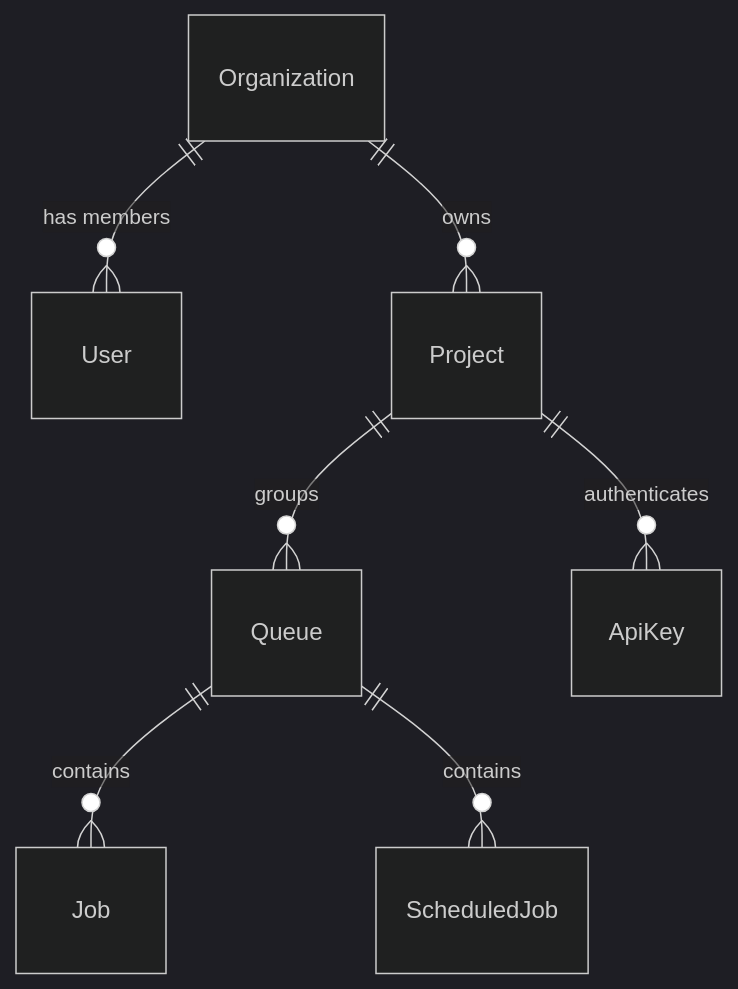
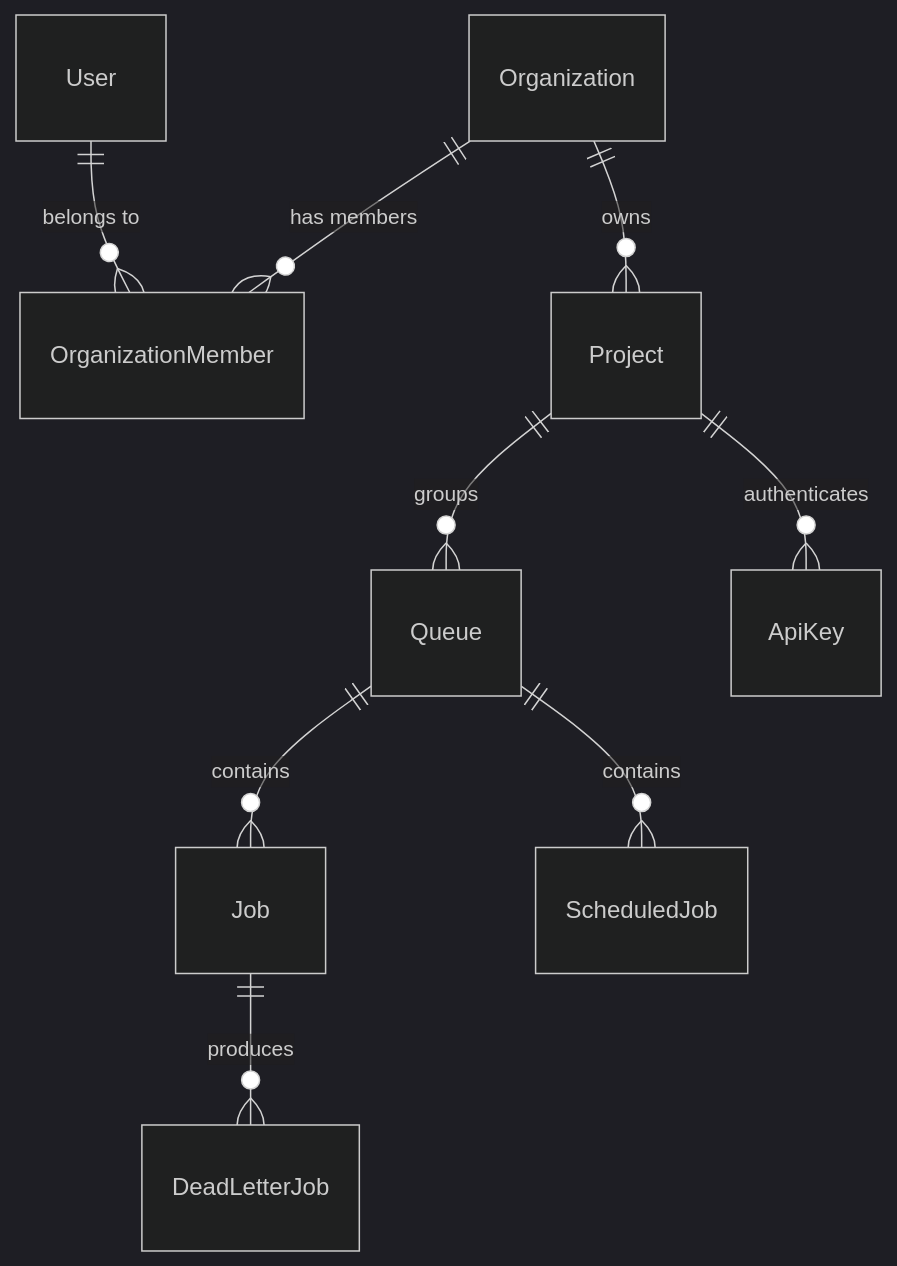
Before and after one commit to poojitha-galam/Distributed-job-scheduler: the diagram in docs/DATABASE.md, drawn with Mermaid (dark theme). The commit also changed 29 other files, not shown here.

````diff
--- a/docs/DATABASE.md
+++ b/docs/DATABASE.md
@@ -25,9 +25,11 @@
 ```mermaid
 erDiagram
-    Organization ||--o{ User : "has members"
+    Organization ||--o{ OrganizationMember : "has members"
+    User ||--o{ OrganizationMember : "belongs to"
     Organization ||--o{ Project : owns
     Project ||--o{ Queue : groups
     Project ||--o{ ApiKey : authenticates
     Queue ||--o{ Job : contains
     Queue ||--o{ ScheduledJob : contains
+    Job ||--o{ DeadLetterJob : produces
 ```
````
